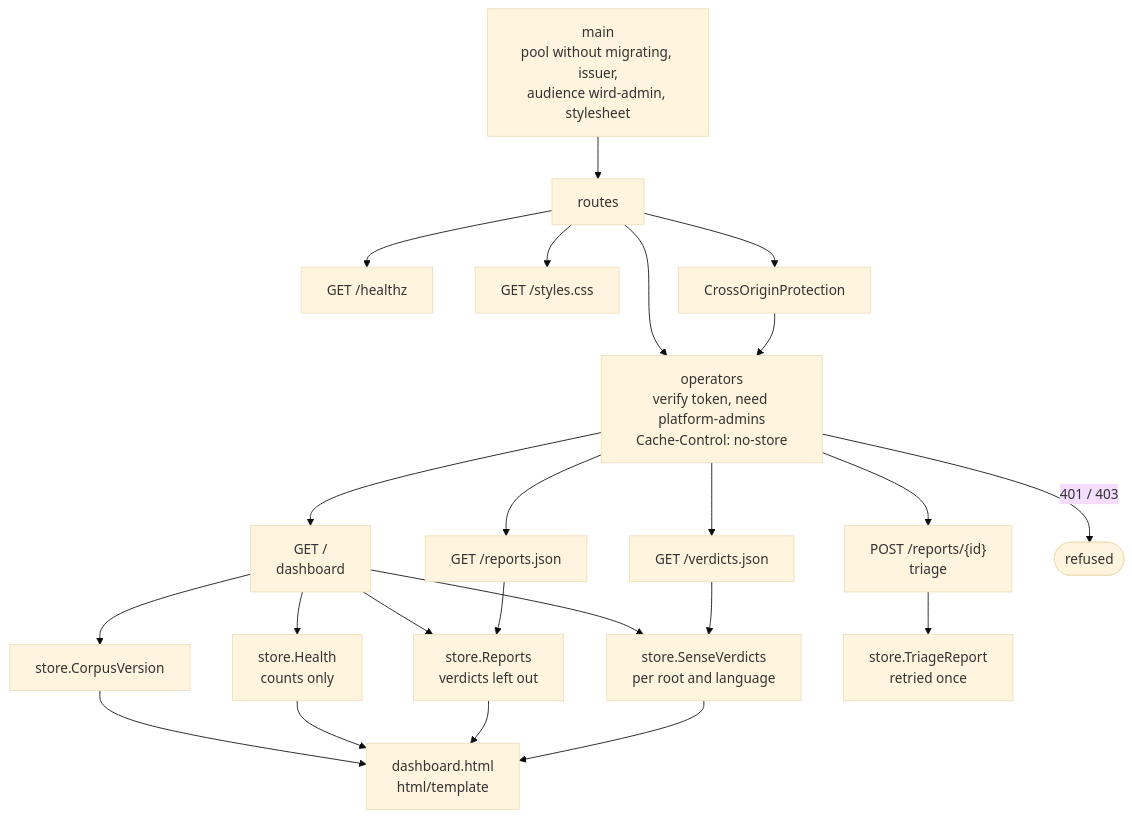
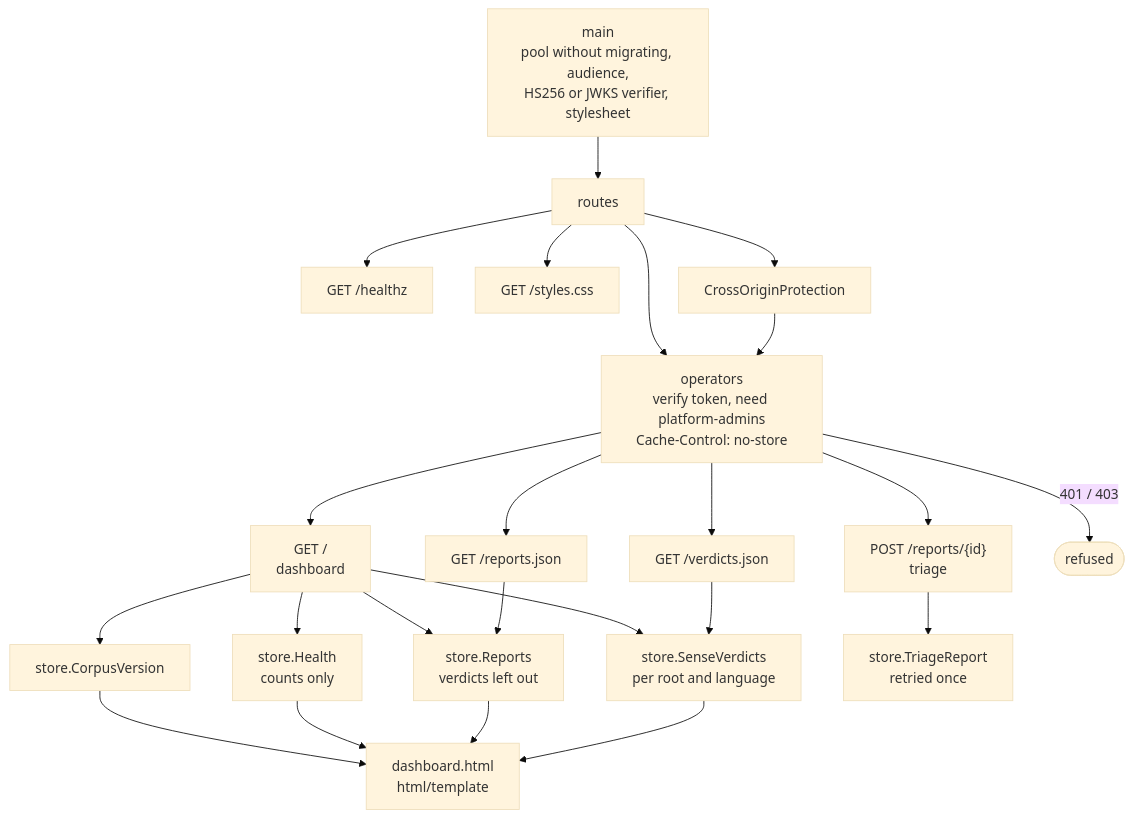
The second of 2 diagrams in docs/architecture/adminweb.md (MohammadBnei/wird), drawn with Mermaid (base theme) before and after one commit. The commit also changed other lines of this file and 3 other files, not shown here.

````diff
--- a/docs/architecture/adminweb.md
+++ b/docs/architecture/adminweb.md
@@ -46,32 +46,32 @@
 ```mermaid
 flowchart TB
-  start["main<br/>pool without migrating, issuer,<br/>audience wird-admin, stylesheet"]
+  start["main<br/>pool without migrating, audience,<br/>HS256 or JWKS verifier, stylesheet"]
   mux["routes"]
   health["GET /healthz"]
   css["GET /styles.css"]
   gate["operators<br/>verify token, need platform-admins<br/>Cache-Control: no-store"]
   cop["CrossOriginProtection"]
   dash["GET /<br/>dashboard"]
   rj["GET /reports.json"]
   vj["GET /verdicts.json"]
   tri["POST /reports/{id}<br/>triage"]
   s1["store.CorpusVersion"]
   s2["store.Health<br/>counts only"]
   s3["store.Reports<br/>verdicts left out"]
   s4["store.SenseVerdicts<br/>per root and language"]
   s5["store.TriageReport<br/>retried once"]
   tmpl["dashboard.html<br/>html/template"]
 
   start --> mux
   mux --> health
   mux --> css
   mux --> gate
   mux --> cop --> gate
   gate -->|"401 / 403"| stop(["refused"])
   gate --> dash & rj & vj & tri
   dash --> s1 & s2 & s3 & s4
   s1 & s2 & s3 & s4 --> tmpl
   rj --> s3
   vj --> s4
   tri --> s5
 ```
````
